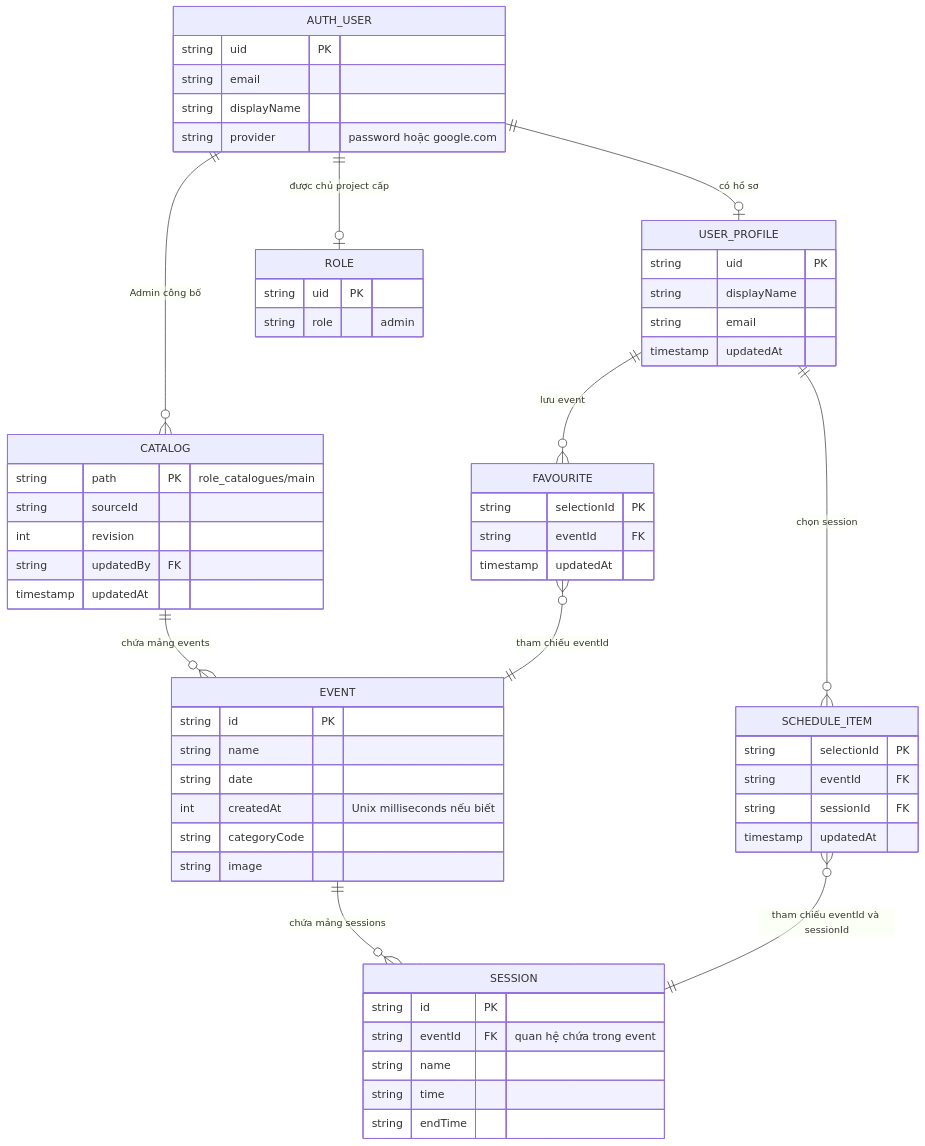
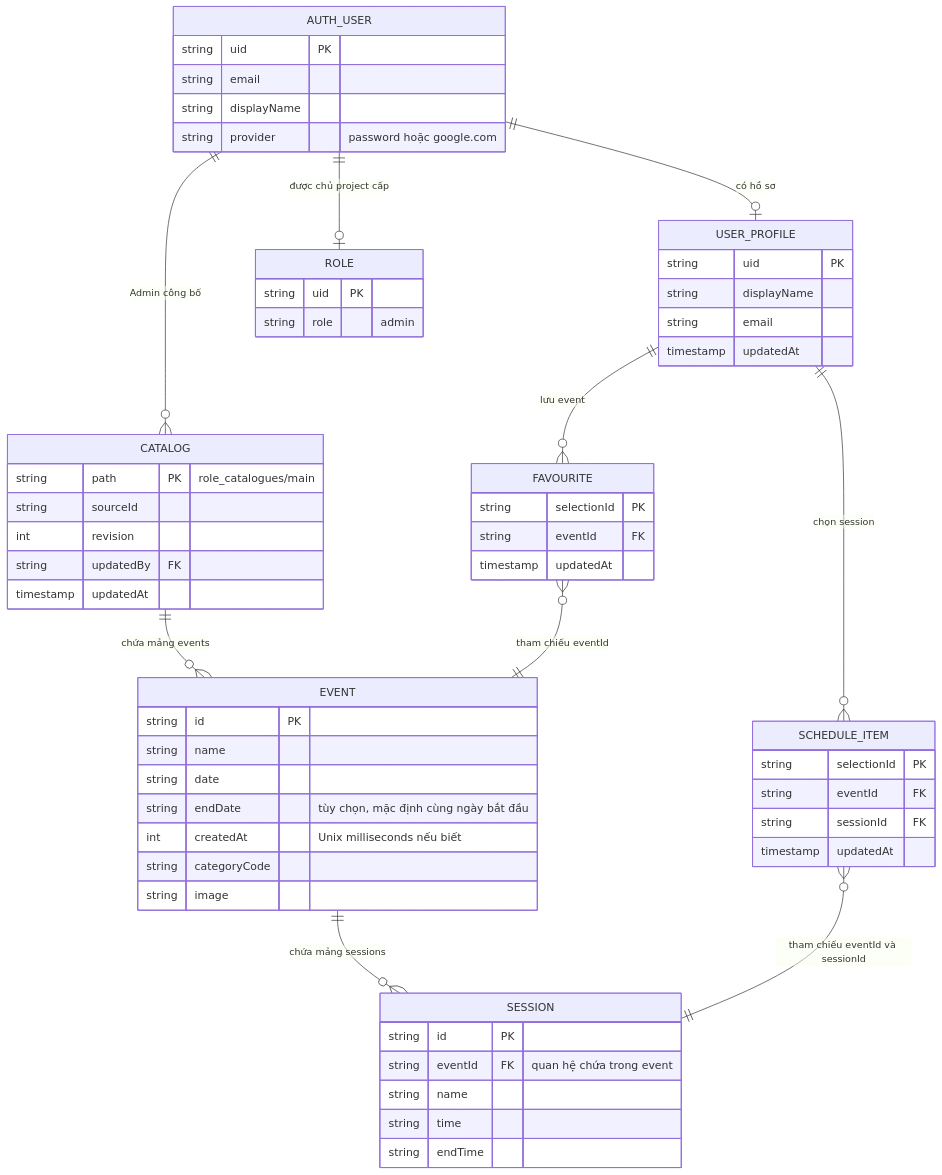
Before and after one commit to truongforworkff/Logbook-comp_1786: the diagram in cloud/firebase/DATABASE_DIAGRAM.md, drawn with Mermaid. The commit also changed 20 other files, not shown here.

````diff
--- a/cloud/firebase/DATABASE_DIAGRAM.md
+++ b/cloud/firebase/DATABASE_DIAGRAM.md
@@ -7,61 +7,62 @@
 ```mermaid
 erDiagram
     AUTH_USER ||--o| USER_PROFILE : "có hồ sơ"
     AUTH_USER ||--o| ROLE : "được chủ project cấp"
     USER_PROFILE ||--o{ FAVOURITE : "lưu event"
     USER_PROFILE ||--o{ SCHEDULE_ITEM : "chọn session"
     AUTH_USER ||--o{ CATALOG : "Admin công bố"
     CATALOG ||--o{ EVENT : "chứa mảng events"
     EVENT ||--o{ SESSION : "chứa mảng sessions"
     FAVOURITE }o--|| EVENT : "tham chiếu eventId"
     SCHEDULE_ITEM }o--|| SESSION : "tham chiếu eventId và sessionId"
     AUTH_USER {
         string uid PK
         string email
         string displayName
         string provider "password hoặc google.com"
     }
     USER_PROFILE {
         string uid PK
         string displayName
         string email
         timestamp updatedAt
     }
     ROLE {
         string uid PK
         string role "admin"
     }
     FAVOURITE {
         string selectionId PK
         string eventId FK
         timestamp updatedAt
     }
     SCHEDULE_ITEM {
         string selectionId PK
         string eventId FK
         string sessionId FK
         timestamp updatedAt
     }
     CATALOG {
         string path PK "role_catalogues/main"
         string sourceId
         int revision
         string updatedBy FK
         timestamp updatedAt
     }
     EVENT {
         string id PK
         string name
         string date
+        string endDate "tùy chọn, mặc định cùng ngày bắt đầu"
         int createdAt "Unix milliseconds nếu biết"
         string categoryCode
         string image
     }
     SESSION {
         string id PK
         string eventId FK "quan hệ chứa trong event"
         string name
         string time
         string endTime
     }
 ```
````
